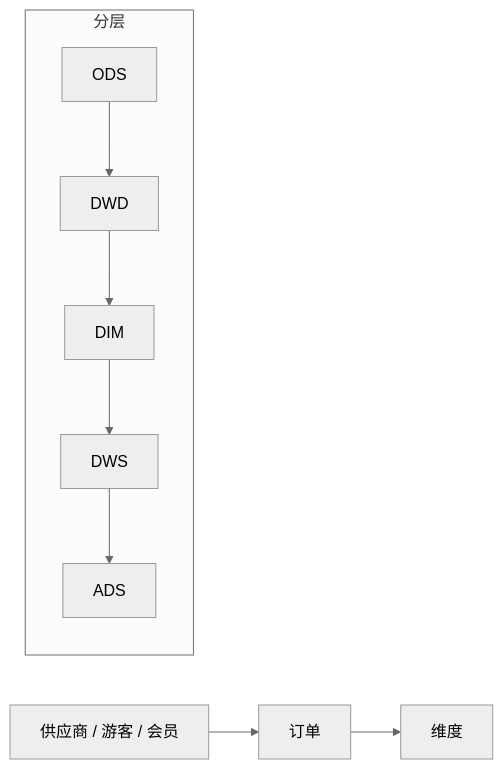
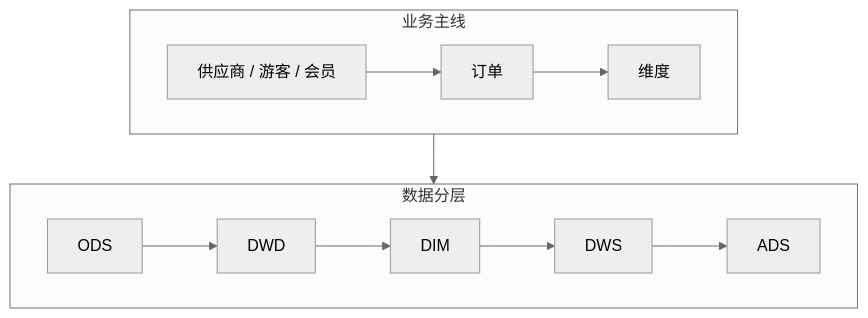
The first of 14 diagrams in AI＋数据平台建设汇报_正文.md (keanying/relevance), drawn with Mermaid (neutral theme) before and after one commit. The commit also changed other lines of this file and 2 other files, not shown here.

Commit message:
第一章数据平台生成 HTML（含架构图、流程图）；新增 md2html 转换脚本；修正两处图的方向
Claude-Session: https://claude.ai/code/session_01BwjgJxucQ5PHmcNwVBaw5T

````diff
--- a/AI＋数据平台建设汇报_正文.md
+++ b/AI＋数据平台建设汇报_正文.md
@@ -20,7 +20,12 @@
 ```mermaid
-flowchart LR
-  A[供应商 / 游客 / 会员] --> B[订单] --> C[维度]
-  subgraph 分层
+flowchart TB
+  subgraph 业务主线
+    direction LR
+    A[供应商 / 游客 / 会员] --> B[订单] --> C[维度]
+  end
+  subgraph 数据分层
+    direction LR
     O[ODS] --> D[DWD] --> M[DIM] --> S[DWS] --> X[ADS]
   end
+  业务主线 --> 数据分层
 ```
````
